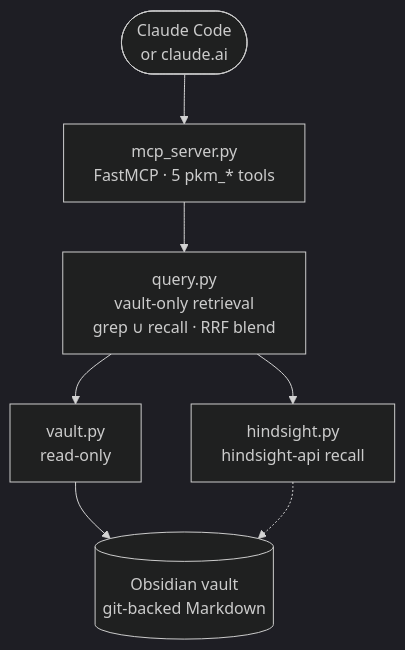
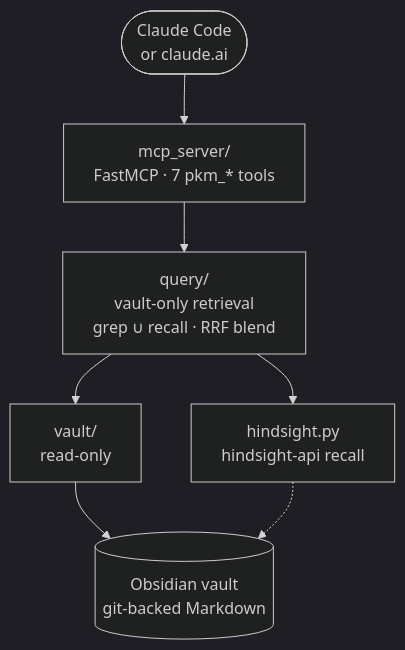
Before and after one commit to gilesknap/thoth: the second of 2 diagrams in docs/explanations/architecture.md, drawn with Mermaid (dark theme). The commit also changed other lines of this file and 5 other files, not shown here.

````diff
--- a/docs/explanations/architecture.md
+++ b/docs/explanations/architecture.md
@@ -88,10 +88,10 @@
 ```{mermaid}
 flowchart TB
     cc(["Claude Code<br>or claude.ai"])
-    cc --> mcp["mcp_server.py<br>FastMCP · 5 pkm_* tools"]
-    mcp --> qry["query.py<br>vault-only retrieval<br>grep ∪ recall · RRF blend"]
-    qry --> va["vault.py<br>read-only"]
+    cc --> mcp["mcp_server/<br>FastMCP · 7 pkm_* tools"]
+    mcp --> qry["query/<br>vault-only retrieval<br>grep ∪ recall · RRF blend"]
+    qry --> va["vault/<br>read-only"]
     qry --> hs["hindsight.py<br>hindsight-api recall"]
     va --> ov[("Obsidian vault<br>git-backed Markdown")]
     hs -.-> ov
 ```
````
